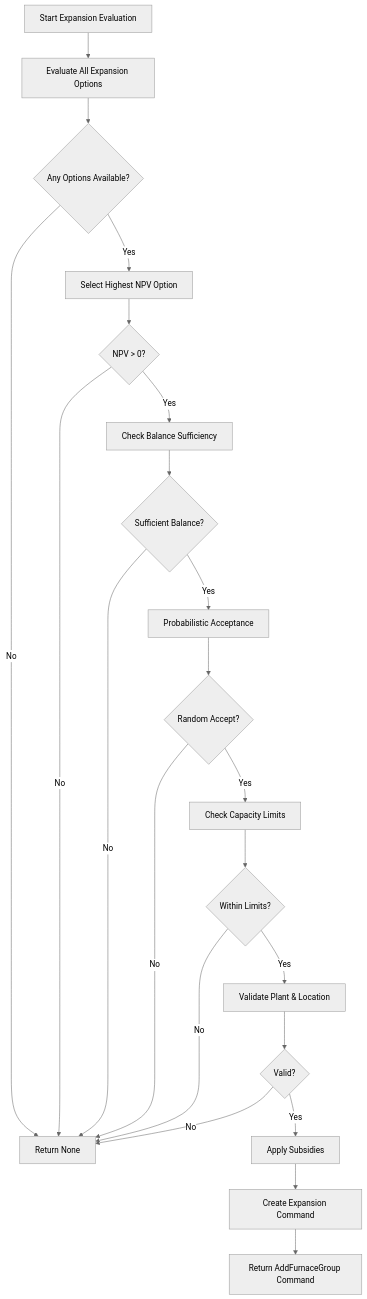
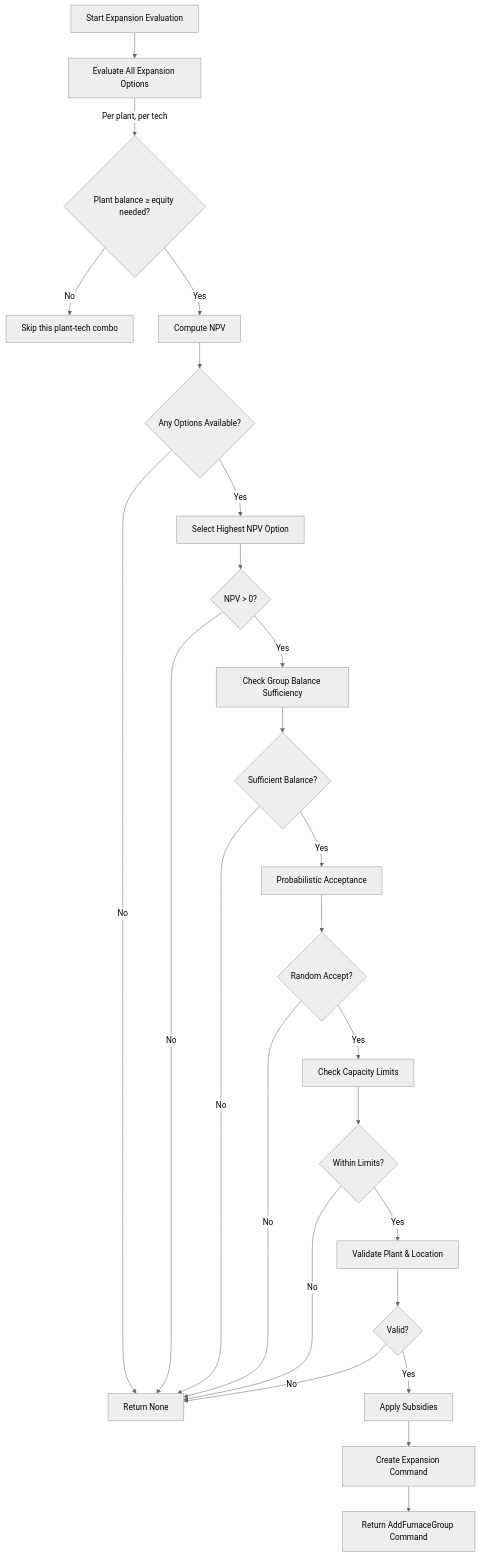
One commit to systemiqofficial/steel-iq changed the diagram in docs/domain_simulation_logic/plant_agent_model/plant_expansions.md. Above: the diagram before and after it, drawn with Mermaid (neutral theme). The commit also changed other lines of this file and 2 other files, not shown here.

First line of the commit message:
Add per-plant affordability filter to expansion evaluation

````diff
--- a/docs/domain_simulation_logic/plant_agent_model/plant_expansions.md
+++ b/docs/domain_simulation_logic/plant_agent_model/plant_expansions.md
@@ -18,24 +18,27 @@
 ```mermaid
 graph TD
     A[Start Expansion Evaluation] --> B[Evaluate All Expansion Options]
-    B --> C{Any Options Available?}
+    B -->|Per plant, per tech| B1{Plant balance ≥ equity needed?}
+    B1 -->|No| B2[Skip this plant-tech combo]
+    B1 -->|Yes| B3[Compute NPV]
+    B3 --> C{Any Options Available?}
     C -->|No| D[Return None]
     C -->|Yes| E[Select Highest NPV Option]
     E --> F{NPV > 0?}
     F -->|No| D
-    F -->|Yes| G[Check Balance Sufficiency]
+    F -->|Yes| G[Check Group Balance Sufficiency]
     G --> H{Sufficient Balance?}
     H -->|No| D
     H -->|Yes| I[Probabilistic Acceptance]
     I --> J{Random Accept?}
     J -->|No| D
     J -->|Yes| K[Check Capacity Limits]
     K --> L{Within Limits?}
     L -->|No| D
     L -->|Yes| M[Validate Plant & Location]
     M --> N{Valid?}
     N -->|No| D
     N -->|Yes| O[Apply Subsidies]
     O --> P[Create Expansion Command]
     P --> Q[Return AddFurnaceGroup Command]
 ```
````
